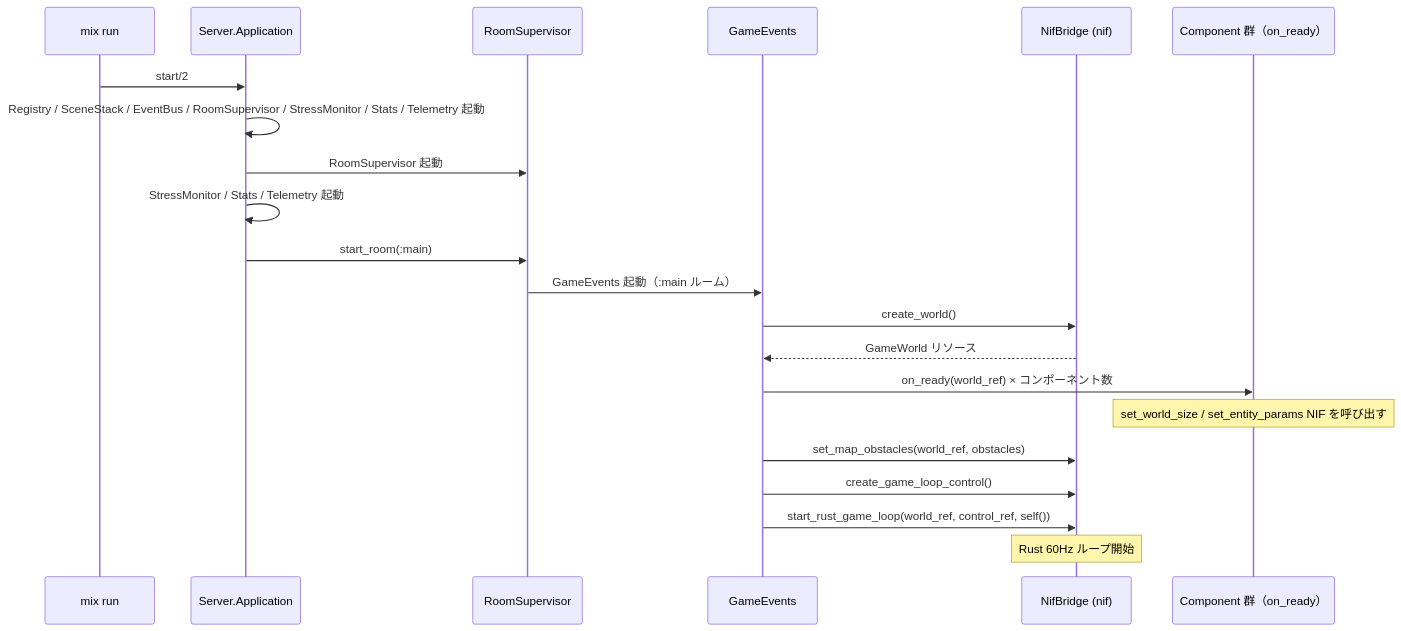
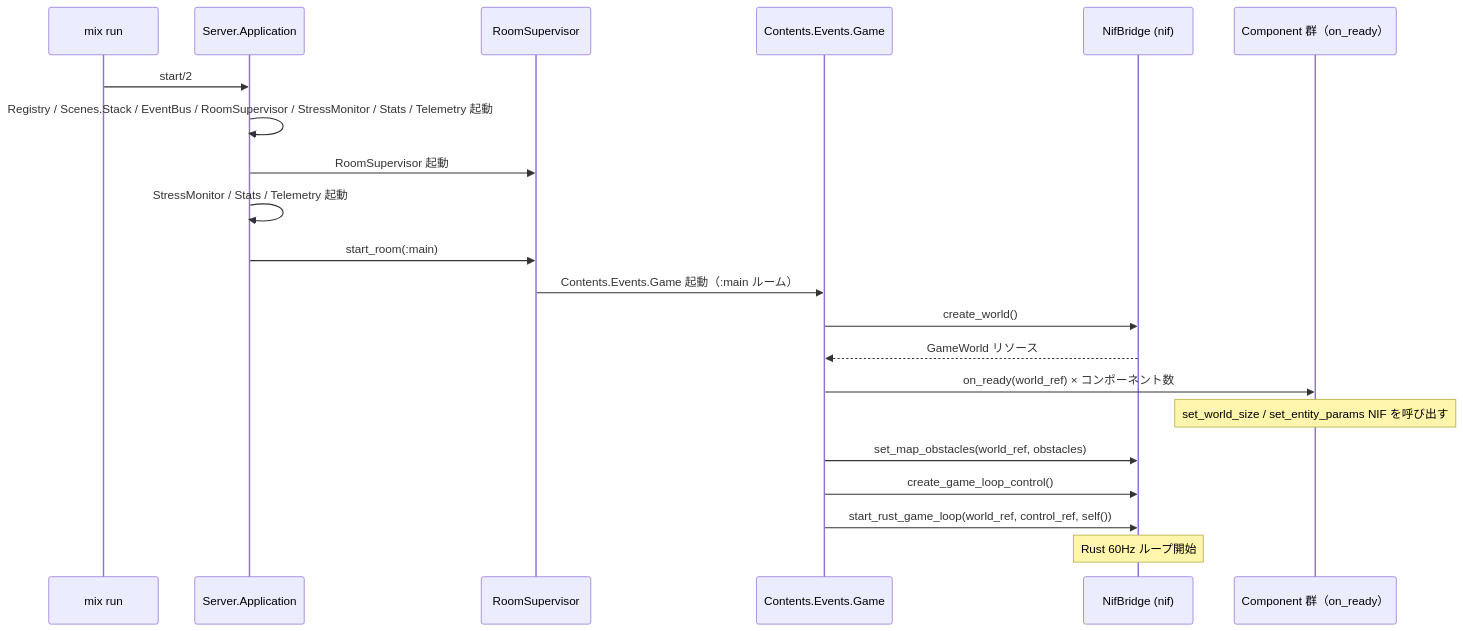
One commit to FRICK-ELDY/alchemy-engine changed the sixth of 16 diagrams in docs/architecture/overview.md. Above: the diagram before and after it, drawn with Mermaid. The commit also changed other lines of this file and 7 other files, not shown here.

````diff
--- a/docs/architecture/overview.md
+++ b/docs/architecture/overview.md
@@ -332,24 +310,24 @@
 ```mermaid
 sequenceDiagram
     participant MX as mix run
     participant APP as Server.Application
     participant RS as RoomSupervisor
-    participant GEV as GameEvents
+    participant GEV as Contents.Events.Game
     participant NIF as NifBridge (nif)
     participant COMP as Component 群（on_ready）
 
     MX->>APP: start/2
-    APP->>APP: Registry / SceneStack / EventBus / RoomSupervisor / StressMonitor / Stats / Telemetry 起動
+    APP->>APP: Registry / Scenes.Stack / EventBus / RoomSupervisor / StressMonitor / Stats / Telemetry 起動
     APP->>RS: RoomSupervisor 起動
     APP->>APP: StressMonitor / Stats / Telemetry 起動
     APP->>RS: start_room(:main)
-    RS->>GEV: GameEvents 起動（:main ルーム）
+    RS->>GEV: Contents.Events.Game 起動（:main ルーム）
     GEV->>NIF: create_world()
     NIF-->>GEV: GameWorld リソース
     GEV->>COMP: on_ready(world_ref) × コンポーネント数
     Note over COMP: set_world_size / set_entity_params NIF を呼び出す
     GEV->>NIF: set_map_obstacles(world_ref, obstacles)
     GEV->>NIF: create_game_loop_control()
     GEV->>NIF: start_rust_game_loop(world_ref, control_ref, self())
     Note over NIF: Rust 60Hz ループ開始
 ```
````
